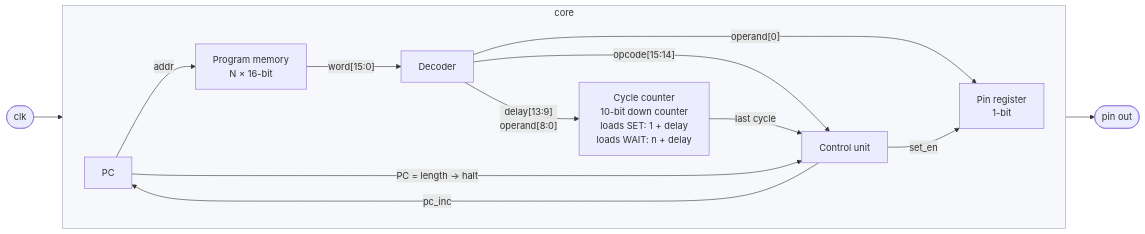
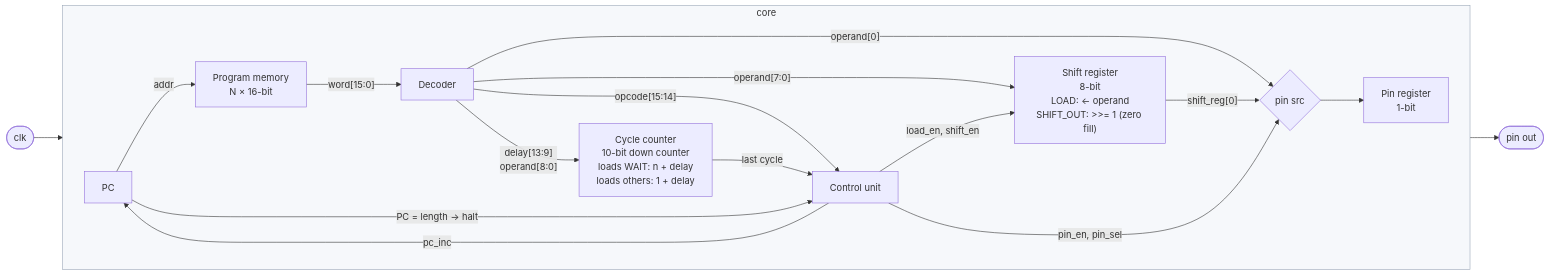
One commit to cshieldsce/smallcore changed the diagram in docs/core.mmd. Above: the diagram before and after it, drawn with Mermaid. The commit also changed 12 other files, not shown here.

First line of the commit message:
add shift register

```diff
--- a/docs/core.mmd
+++ b/docs/core.mmd
@@ -1,20 +1,24 @@
 flowchart LR
   CLK(["clk"])
 
   subgraph core["core"]
     direction LR
     PC["PC"] -->|addr| IMEM["Program memory<br/>N × 16-bit"]
     IMEM -->|"word[15:0]"| DEC["Decoder"]
-    DEC -->|"operand[0]"| PIN["Pin register<br/>1-bit"]
+    DEC -->|"operand[7:0]"| SR["Shift register<br/>8-bit<br/>LOAD: ← operand<br/>SHIFT_OUT: >>= 1 (zero fill)"]
+    DEC -->|"operand[0]"| MUX{"pin src"}
+    SR -->|"shift_reg[0]"| MUX
+    MUX --> PIN["Pin register<br/>1-bit"]
     DEC -->|"opcode[15:14]"| CU["Control unit"]
-    DEC -->|"delay[13:9]<br/>operand[8:0]"| CNT["Cycle counter<br/>10-bit down counter<br/>loads SET: 1 + delay<br/>loads WAIT: n + delay"]
+    DEC -->|"delay[13:9]<br/>operand[8:0]"| CNT["Cycle counter<br/>10-bit down counter<br/>loads WAIT: n + delay<br/>loads others: 1 + delay"]
     CNT -->|"last cycle"| CU
-    CU -->|"set_en"| PIN
+    CU -->|"pin_en, pin_sel"| MUX
+    CU -->|"load_en, shift_en"| SR
     CU -->|"pc_inc"| PC
     PC -->|"PC = length → halt"| CU
   end
 
   CLK --> core
   PIN --> OUT(["pin out"])
 
   style core fill:#f6f8fb,stroke:#9aa7b8
```
